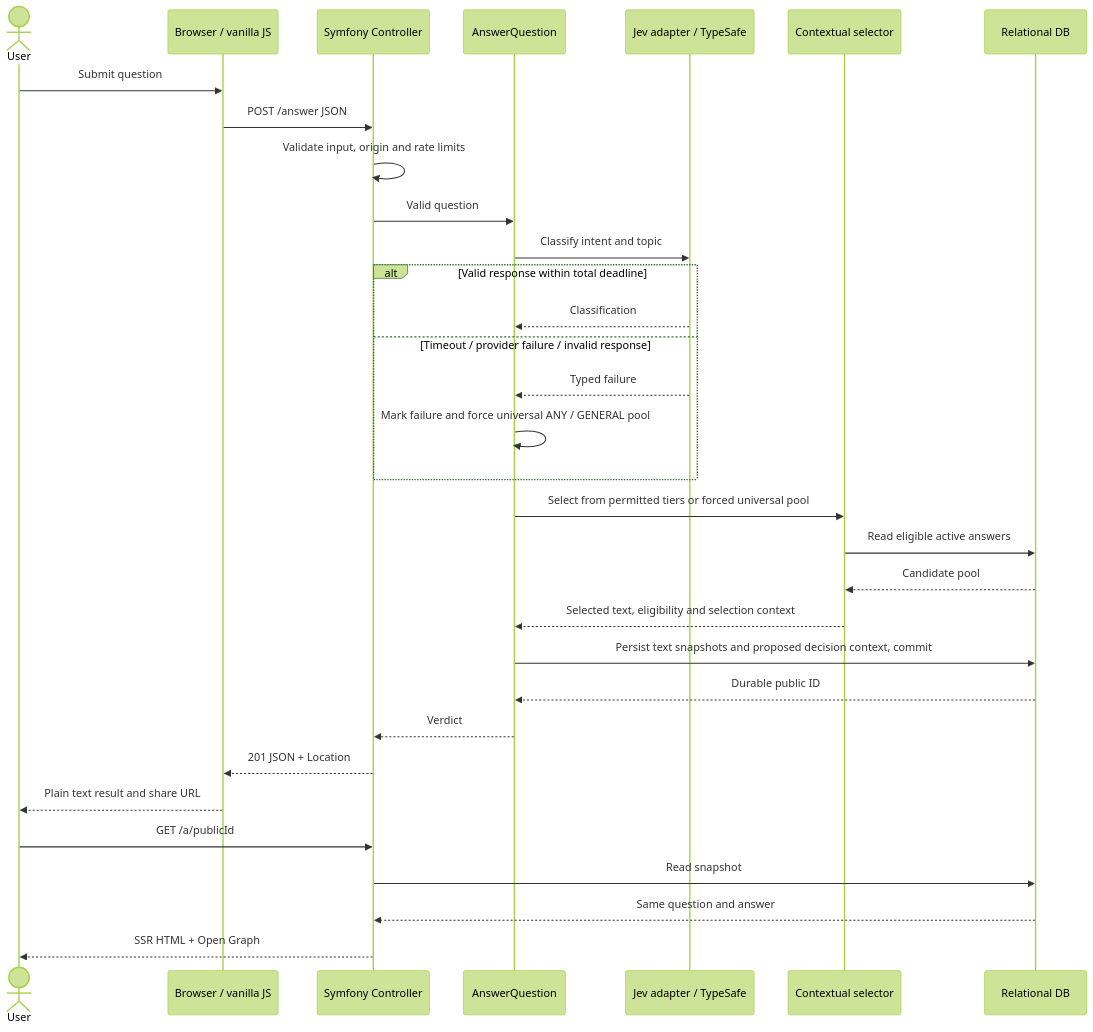
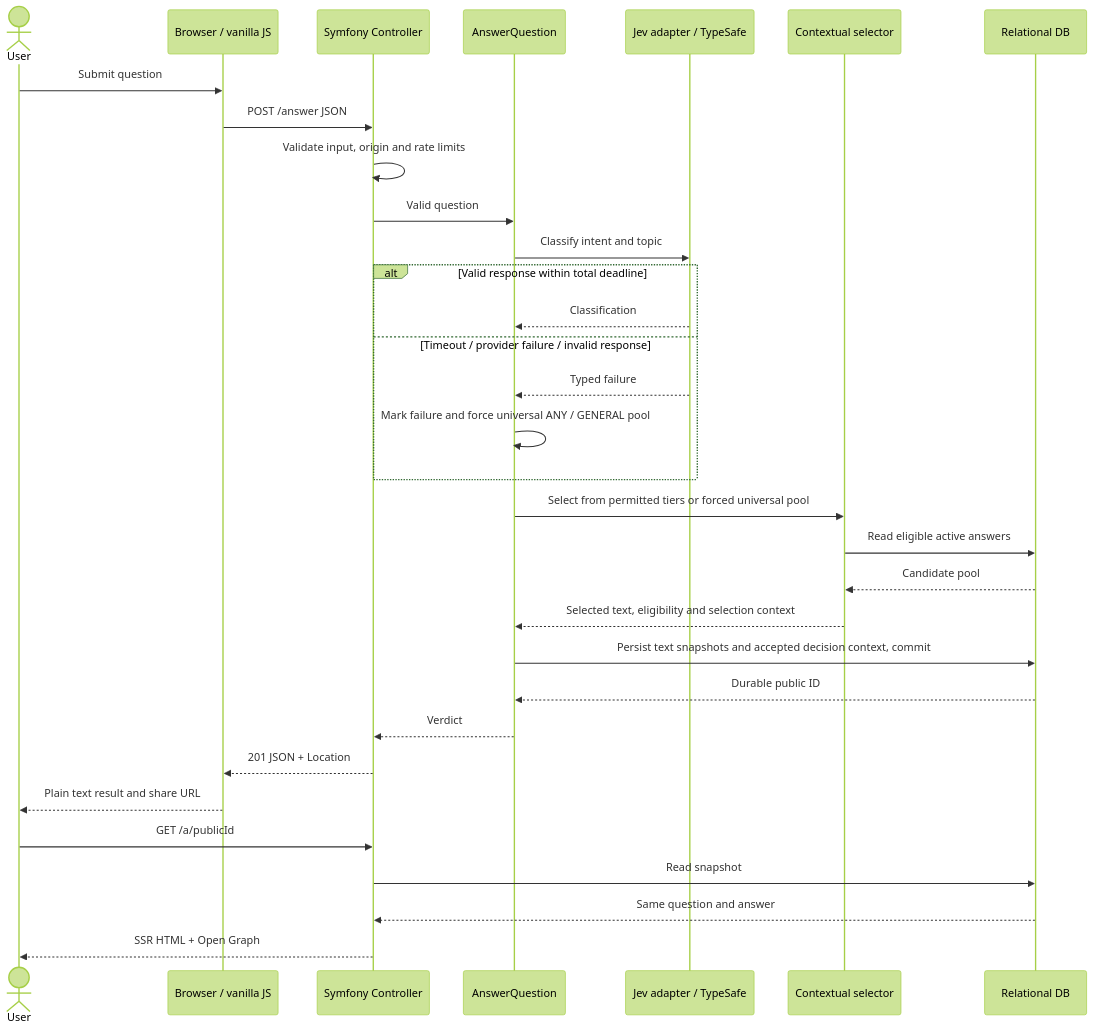
The fourth of 5 diagrams in docs/architecture/c4.md (guri4ek/we-know), drawn with Mermaid (forest theme) before and after one commit. The commit also changed other lines of this file and 62 other files, not shown here.

````diff
--- a/docs/architecture/c4.md
+++ b/docs/architecture/c4.md
@@ -84,34 +84,34 @@
 ```mermaid
 sequenceDiagram
     actor User
     participant UI as Browser / vanilla JS
     participant HTTP as Symfony Controller
     participant App as AnswerQuestion
     participant Jev as Jev adapter / TypeSafe
     participant Select as Contextual selector
     participant DB as Relational DB
     User->>UI: Submit question
     UI->>HTTP: POST /answer JSON
     HTTP->>HTTP: Validate input, origin and rate limits
     HTTP->>App: Valid question
     App->>Jev: Classify intent and topic
     alt Valid response within total deadline
         Jev-->>App: Classification
     else Timeout / provider failure / invalid response
         Jev-->>App: Typed failure
         App->>App: Mark failure and force universal ANY / GENERAL pool
     end
     App->>Select: Select from permitted tiers or forced universal pool
     Select->>DB: Read eligible active answers
     DB-->>Select: Candidate pool
     Select-->>App: Selected text, eligibility and selection context
-    App->>DB: Persist text snapshots and proposed decision context, commit
+    App->>DB: Persist text snapshots and accepted decision context, commit
     DB-->>App: Durable public ID
     App-->>HTTP: Verdict
     HTTP-->>UI: 201 JSON + Location
     UI-->>User: Plain text result and share URL
     User->>HTTP: GET /a/publicId
     HTTP->>DB: Read snapshot
     DB-->>HTTP: Same question and answer
     HTTP-->>User: SSR HTML + Open Graph
 ```
````
